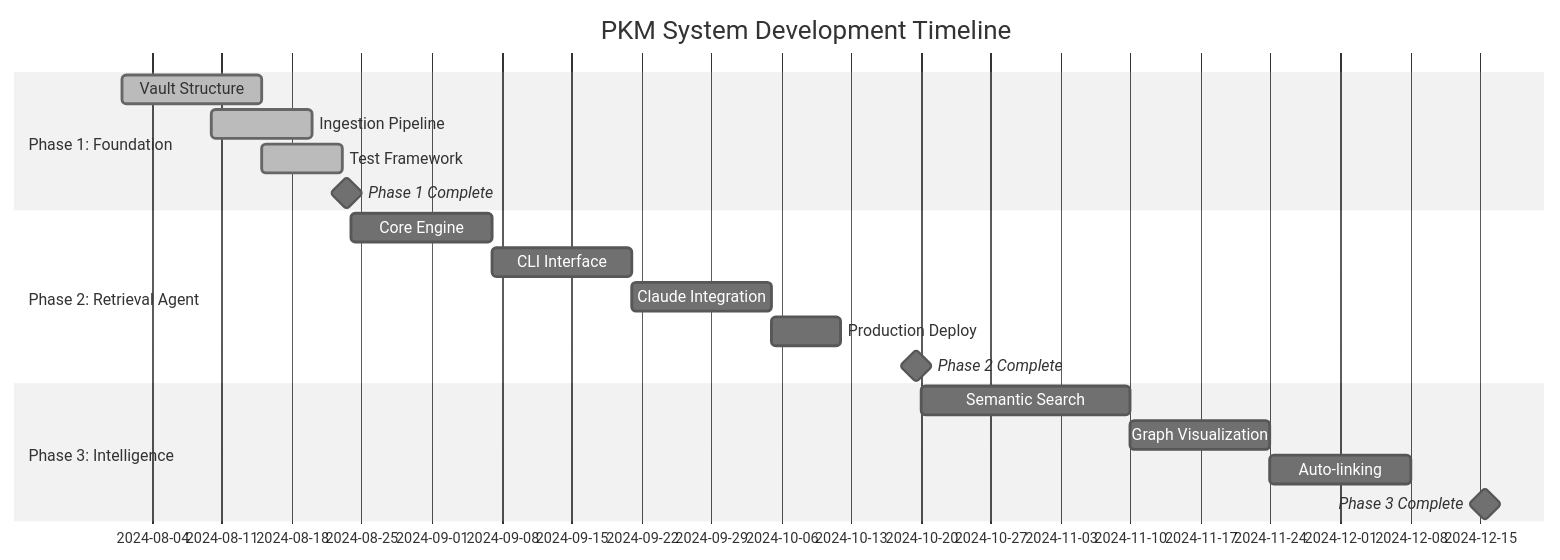
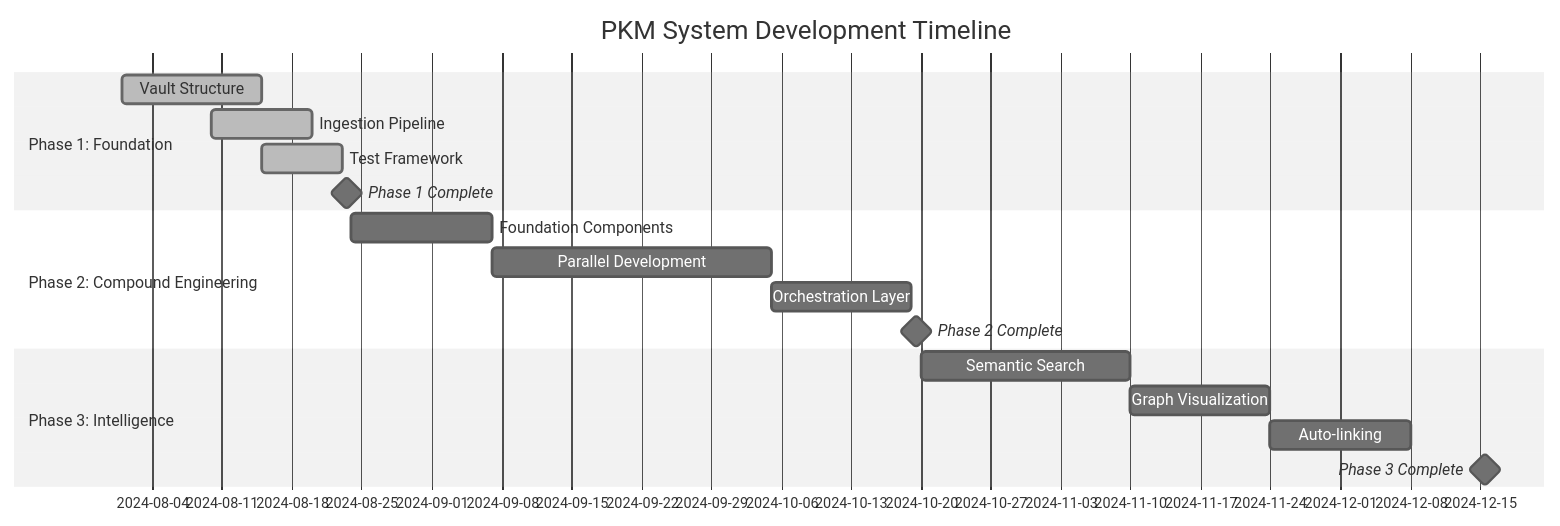
Before and after one commit to tommy-ca/research: the diagram in vault/02-projects/01-pkm-system-meta/planning/milestones.md, drawn with Mermaid (neutral theme). The commit also changed 5 other files, not shown here.

````diff
--- a/vault/02-projects/01-pkm-system-meta/planning/milestones.md
+++ b/vault/02-projects/01-pkm-system-meta/planning/milestones.md
@@ -9,23 +9,22 @@
 ```mermaid
 gantt
     title PKM System Development Timeline
     dateFormat  YYYY-MM-DD
     section Phase 1: Foundation
     Vault Structure           :done, foundation, 2024-08-01, 2024-08-15
     Ingestion Pipeline        :done, ingestion, 2024-08-10, 2024-08-20
     Test Framework           :done, testing, 2024-08-15, 2024-08-23
     Phase 1 Complete         :milestone, m1, 2024-08-23, 1d
     
-    section Phase 2: Retrieval Agent
-    Core Engine              :engine, 2024-08-24, 14d
-    CLI Interface           :cli, after engine, 14d
-    Claude Integration      :claude, after cli, 14d
-    Production Deploy       :deploy, after claude, 7d
+    section Phase 2: Compound Engineering
+    Foundation Components    :foundation, 2024-08-24, 14d
+    Parallel Development    :parallel, after foundation, 28d
+    Orchestration Layer     :orchestration, after parallel, 14d
     Phase 2 Complete        :milestone, m2, 2024-10-19, 1d
     
     section Phase 3: Intelligence
     Semantic Search         :semantic, 2024-10-20, 21d
     Graph Visualization     :graph, after semantic, 14d
     Auto-linking           :linking, after graph, 14d
     Phase 3 Complete       :milestone, m3, 2024-12-15, 1d
 ```
````
